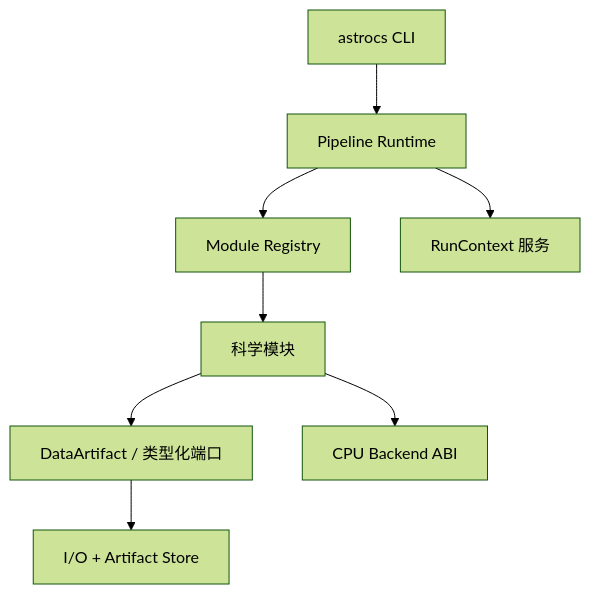
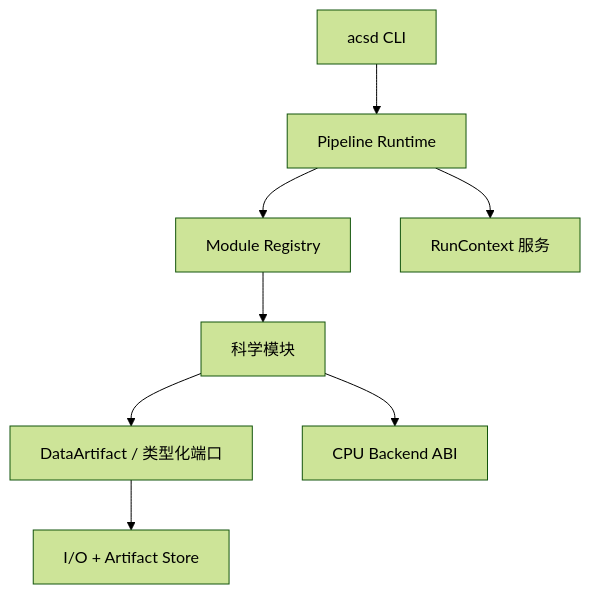
Before and after one commit to fujiaze/Astro-CS-Database: the diagram in docs/contracts/ARCH-001.md, drawn with Mermaid (forest theme). The commit also changed other lines of this file and 550 other files, not shown here.

````diff
--- a/docs/contracts/ARCH-001.md
+++ b/docs/contracts/ARCH-001.md
@@ -18,10 +18,10 @@
 ```mermaid
 flowchart TD
-    CLI["astrocs CLI"] --> RT["Pipeline Runtime"]
+    CLI["acsd CLI"] --> RT["Pipeline Runtime"]
     RT --> REG["Module Registry"]
     RT --> CTX["RunContext 服务"]
     REG --> MOD["科学模块"]
     MOD --> DATA["DataArtifact / 类型化端口"]
     MOD --> CPU["CPU Backend ABI"]
     DATA --> IO["I/O + Artifact Store"]
 ```
````
